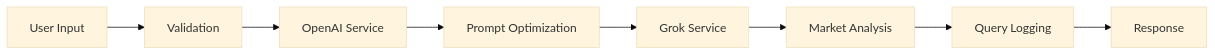
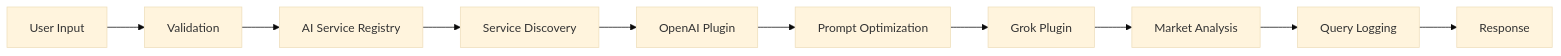
The first of 2 diagrams in README.md (GhostRobo-MAG/PluginMind-), drawn with Mermaid (base theme) before and after one commit. The commit also changed other lines of this file, not shown here.

````diff
--- a/README.md
+++ b/README.md
@@ -227,10 +248,12 @@
 ```mermaid
 graph LR
     A[User Input] --> B[Validation]
-    B --> C[OpenAI Service]
-    C --> D[Prompt Optimization]
-    D --> E[Grok Service]
-    E --> F[Market Analysis]
-    F --> G[Query Logging]
-    G --> H[Response]
+    B --> C[AI Service Registry]
+    C --> D[Service Discovery]
+    D --> E[OpenAI Plugin]
+    E --> F[Prompt Optimization]
+    F --> G[Grok Plugin]
+    G --> H[Market Analysis]
+    H --> I[Query Logging]
+    I --> J[Response]
 ```
````
